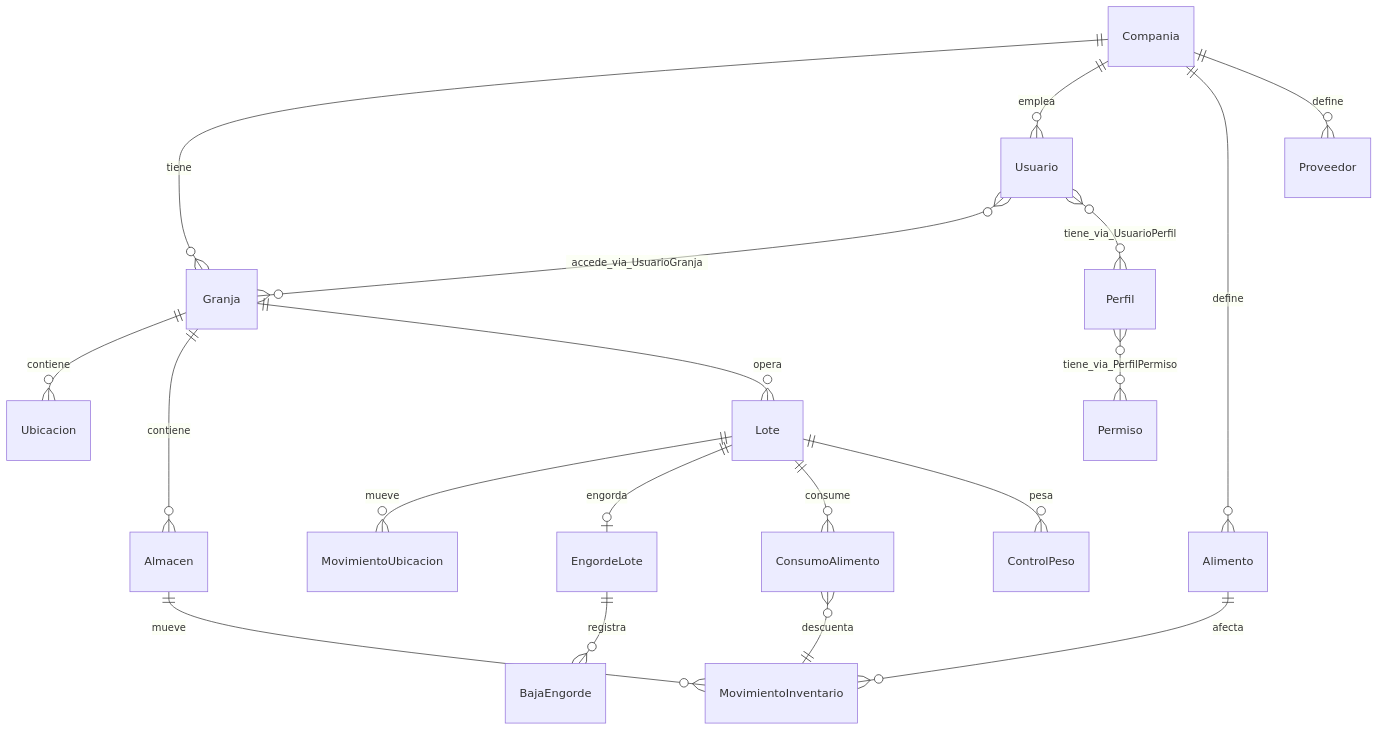
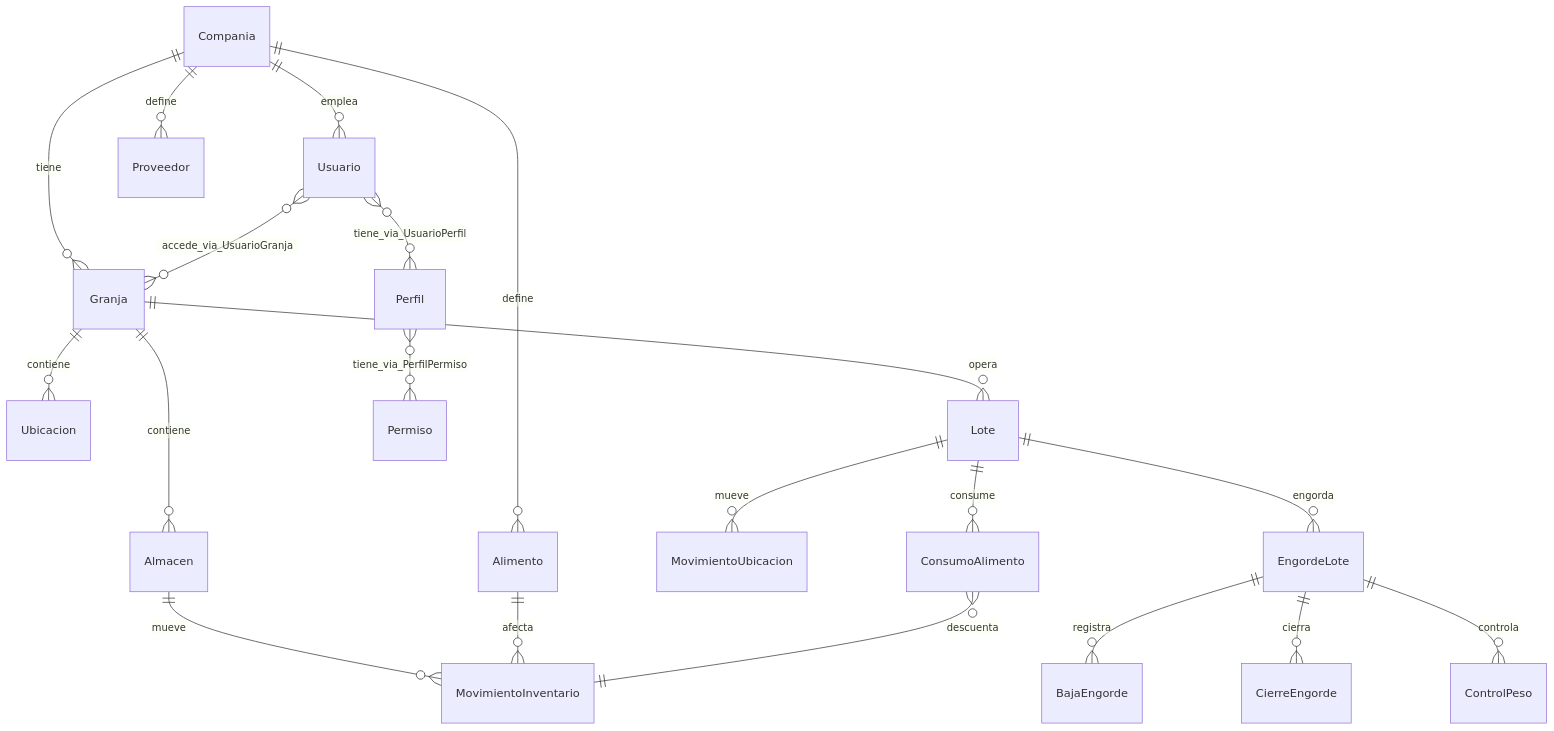
Before and after one commit to GregorioLucena/gestion-granjas-sdd: the diagram in docs/07-diseno-tecnico-inicial.md, drawn with Mermaid. The commit also changed other lines of this file and 32 other files, not shown here.

````diff
--- a/docs/07-diseno-tecnico-inicial.md
+++ b/docs/07-diseno-tecnico-inicial.md
@@ -270,21 +221,22 @@
 ```mermaid
 erDiagram
     Compania ||--o{ Granja : tiene
     Compania ||--o{ Usuario : emplea
     Compania ||--o{ Alimento : define
     Compania ||--o{ Proveedor : define
     Granja ||--o{ Ubicacion : contiene
     Granja ||--o{ Almacen : contiene
     Granja ||--o{ Lote : opera
     Usuario }o--o{ Granja : accede_via_UsuarioGranja
     Usuario }o--o{ Perfil : tiene_via_UsuarioPerfil
     Perfil }o--o{ Permiso : tiene_via_PerfilPermiso
     Lote ||--o{ MovimientoUbicacion : mueve
-    Lote ||--o| EngordeLote : engorda
+    Lote ||--o{ EngordeLote : engorda
     EngordeLote ||--o{ BajaEngorde : registra
+    EngordeLote ||--o{ CierreEngorde : cierra
     Lote ||--o{ ConsumoAlimento : consume
-    Lote ||--o{ ControlPeso : pesa
+    EngordeLote ||--o{ ControlPeso : controla
     Almacen ||--o{ MovimientoInventario : mueve
     Alimento ||--o{ MovimientoInventario : afecta
     ConsumoAlimento }o--|| MovimientoInventario : descuenta
 ```
````
